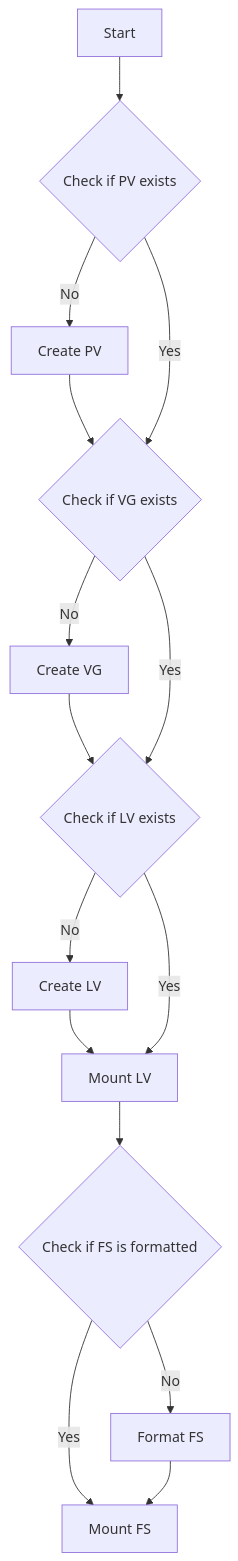
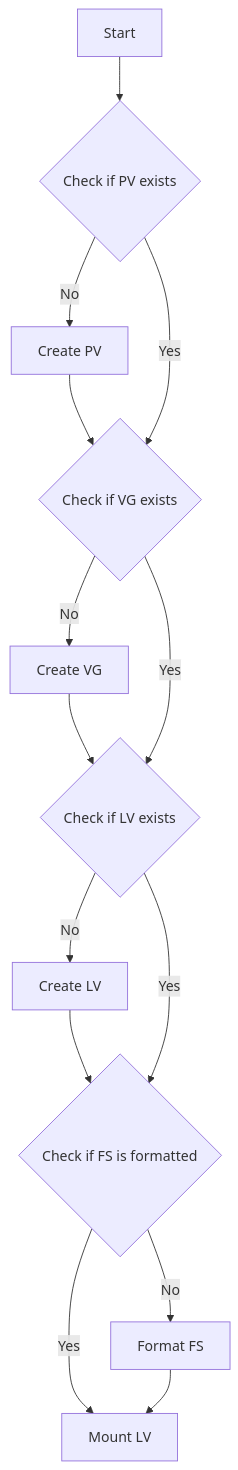
Before and after one commit to emmahone/LVM-Operator-overview: the second of 3 diagrams in README.md, drawn with Mermaid. The commit also changed other lines of this file, not shown here.

Commit message:
Update mount/unmount flowcharts

````diff
--- a/README.md
+++ b/README.md
@@ -279,17 +279,16 @@
 ```mermaid
 graph TD
   A[Start] --> B{Check if PV exists}
   B --> |No| K[Create PV]
   K --> D{Check if VG exists}
   B --> |Yes| D{Check if VG exists}
   D --> |No| L[Create VG]
   L --> F{Check if LV exists}
   D --> |Yes| F{Check if LV exists}
   F --> |No| N[Create LV]
-  N --> G[Mount LV]
-  F --> |Yes| G[Mount LV]
-  G --> H{Check if FS is formatted}
+  N --> H{Check if FS is formatted}
+  F --> |Yes| H{Check if FS is formatted}
   H --> |No| I[Format FS]
-  H --> |Yes| J[Mount FS]
+  H --> |Yes| J[Mount LV]
   I --> J
-  ```
+```
````
